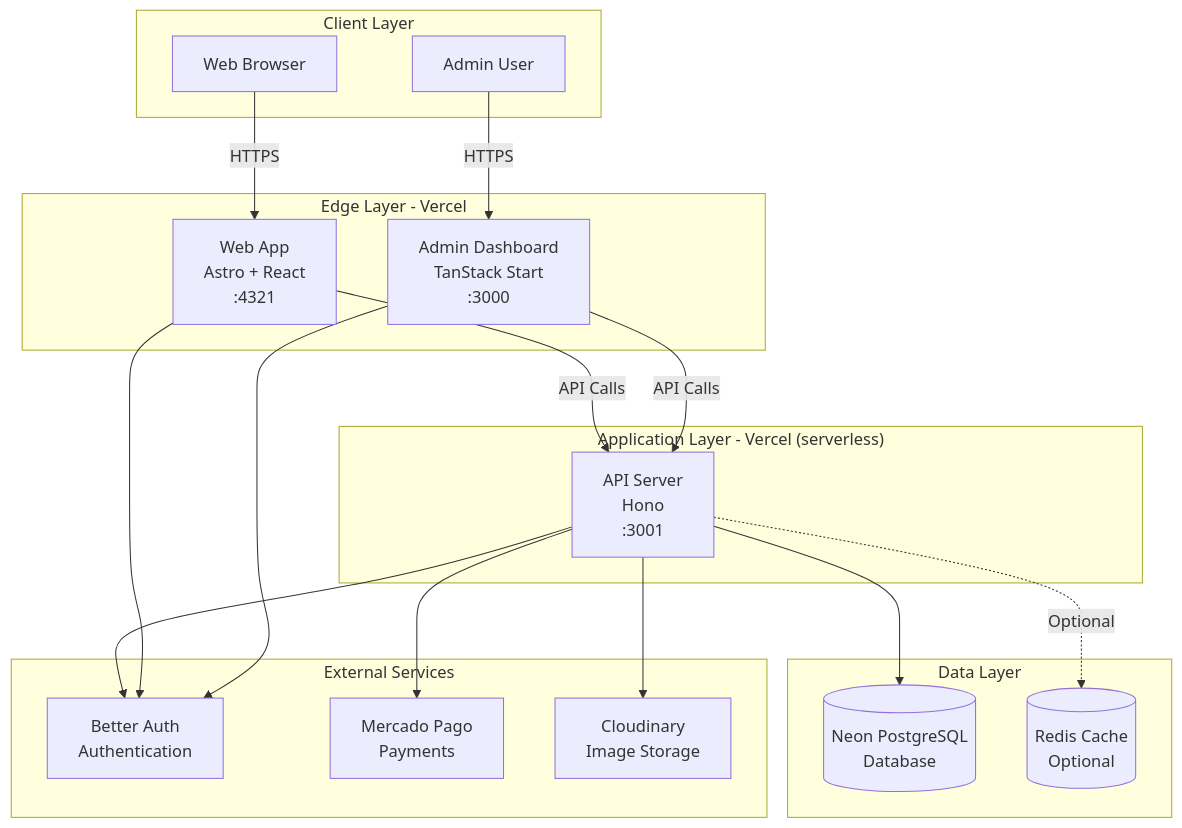
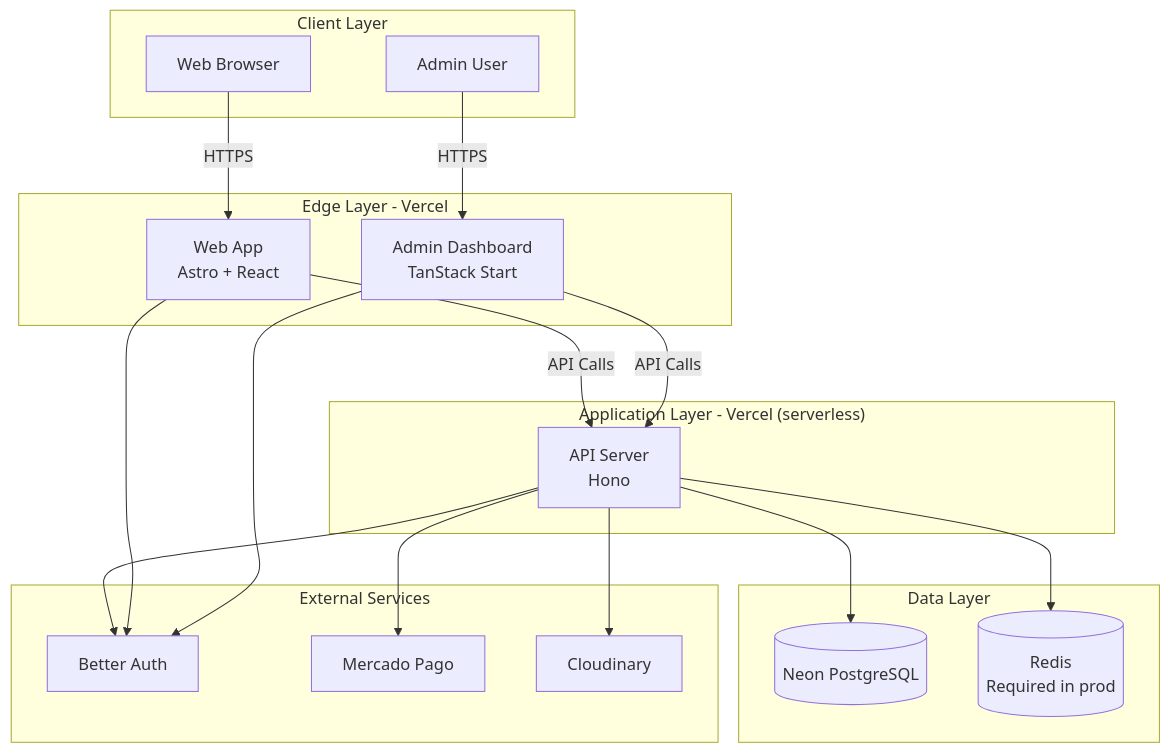
One commit to qazuor/hospeda changed the diagram in docs/deployment/README.md. Above: the diagram before and after it, drawn with Mermaid. The commit also changed other lines of this file and 4 other files, not shown here.

````diff
--- a/docs/deployment/README.md
+++ b/docs/deployment/README.md
@@ -29,39 +33,39 @@
 ```mermaid
 graph TB
     subgraph "Client Layer"
         Browser[Web Browser]
         AdminUser[Admin User]
     end
 
     subgraph "Edge Layer - Vercel"
-        Web[Web App<br/>Astro + React<br/>:4321]
-        Admin[Admin Dashboard<br/>TanStack Start<br/>:3000]
+        Web[Web App<br/>Astro + React]
+        Admin[Admin Dashboard<br/>TanStack Start]
     end
 
     subgraph "Application Layer - Vercel (serverless)"
-        API[API Server<br/>Hono<br/>:3001]
+        API[API Server<br/>Hono]
     end
 
     subgraph "Data Layer"
-        DB[(Neon PostgreSQL<br/>Database)]
-        Redis[(Redis Cache<br/>Optional)]
+        DB[(Neon PostgreSQL)]
+        Redis[(Redis<br/>Required in prod)]
     end
 
     subgraph "External Services"
-        BetterAuth[Better Auth<br/>Authentication]
-        MercadoPago[Mercado Pago<br/>Payments]
-        Cloudinary[Cloudinary<br/>Image Storage]
+        BetterAuth[Better Auth]
+        MercadoPago[Mercado Pago]
+        Cloudinary[Cloudinary]
     end
 
     Browser -->|HTTPS| Web
     AdminUser -->|HTTPS| Admin
     Web -->|API Calls| API
     Admin -->|API Calls| API
     API --> DB
-    API -.->|Optional| Redis
+    API --> Redis
     API --> BetterAuth
     API --> MercadoPago
     API --> Cloudinary
     Web --> BetterAuth
     Admin --> BetterAuth
 ```
````
